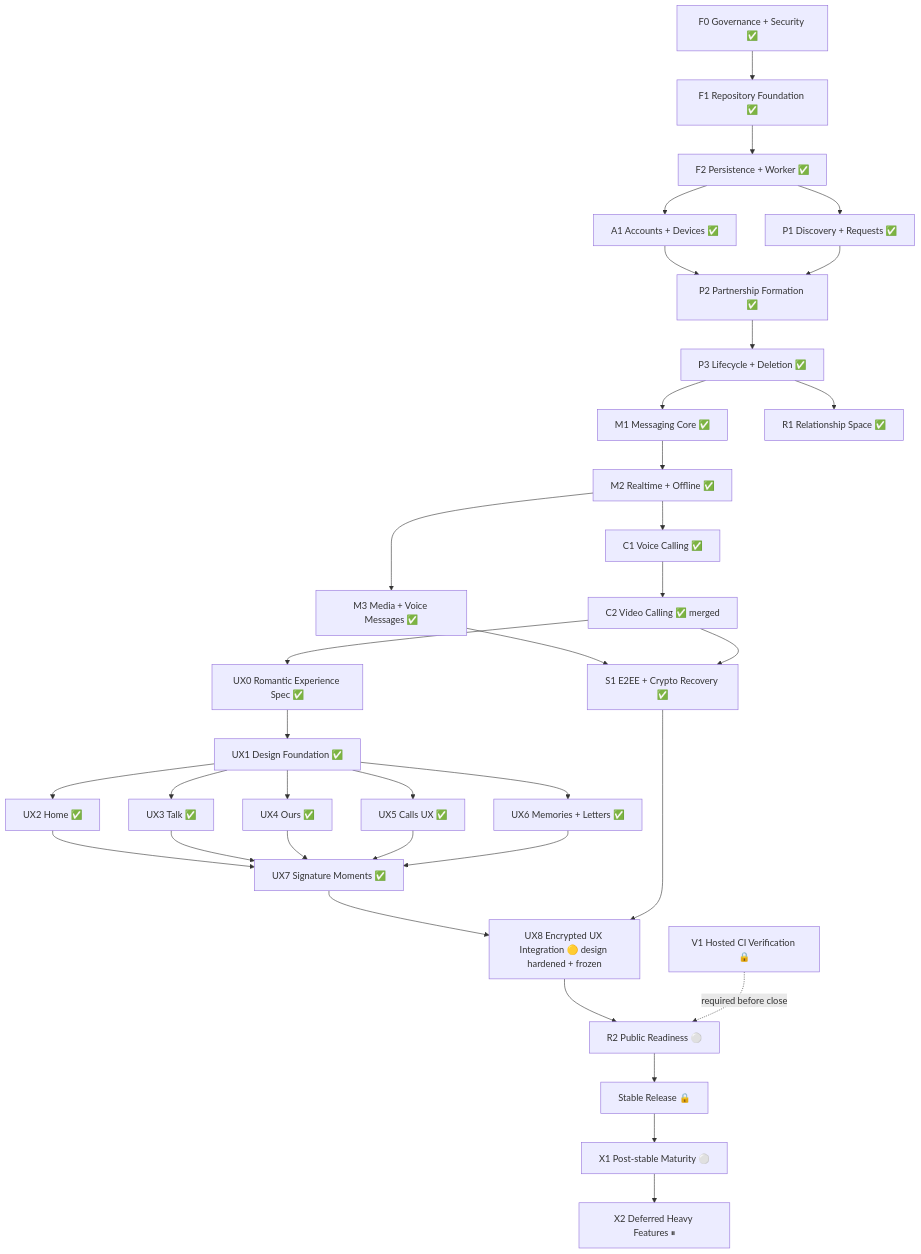
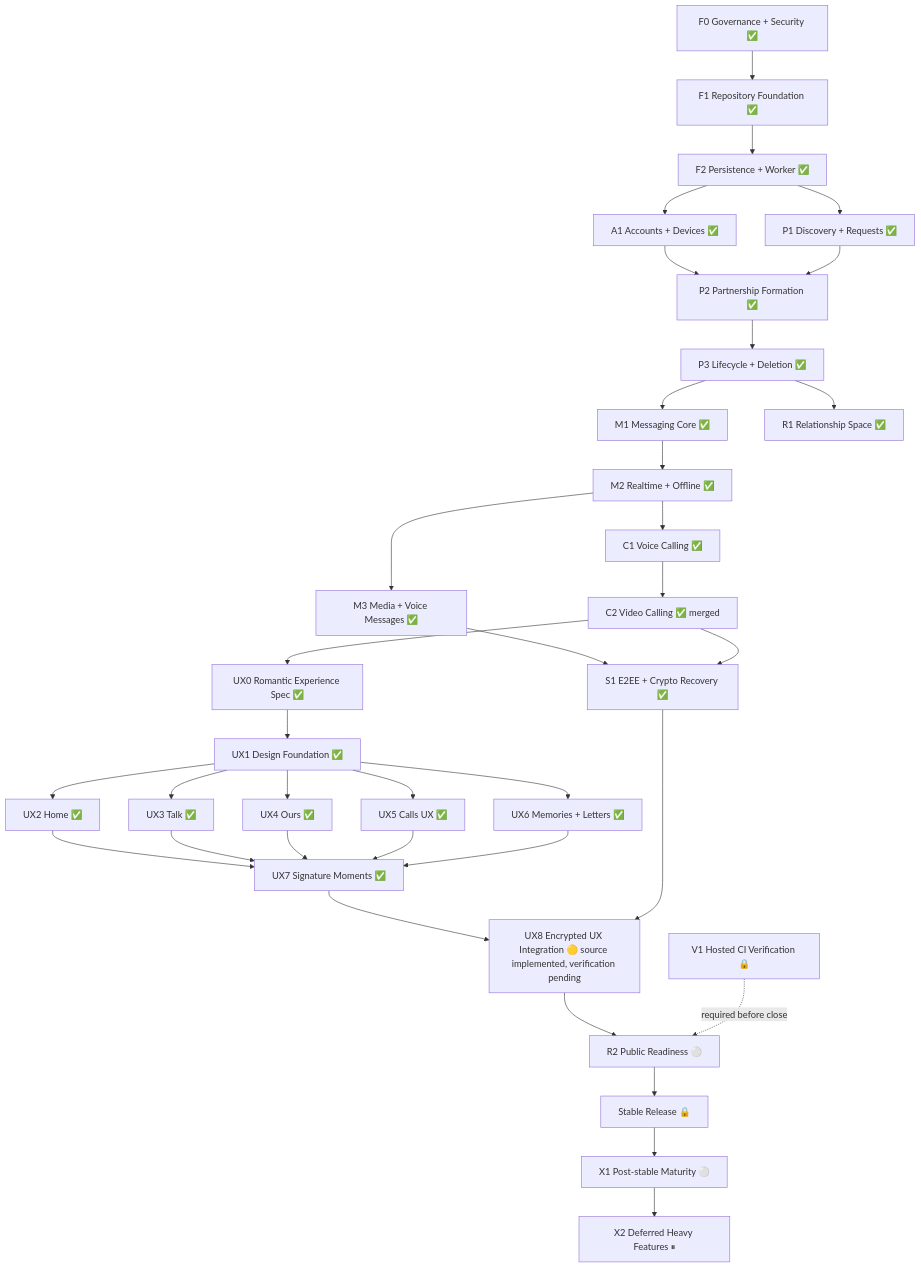
One commit to ekamal22/shawtie-pls-app changed the diagram in docs/EXECUTION_GRAPH.md. Above: the diagram before and after it, drawn with Mermaid. The commit also changed other lines of this file, not shown here.

Commit message:
docs: update UX8 execution graph state [skip ci]

```diff
--- a/docs/EXECUTION_GRAPH.md
+++ b/docs/EXECUTION_GRAPH.md
@@ -99,47 +99,47 @@
 ~~~mermaid
 flowchart TD
     F0["F0 Governance + Security ✅"] --> F1["F1 Repository Foundation ✅"]
     F1 --> F2["F2 Persistence + Worker ✅"]
 
     F2 --> A1["A1 Accounts + Devices ✅"]
     F2 --> P1["P1 Discovery + Requests ✅"]
 
     A1 --> P2["P2 Partnership Formation ✅"]
     P1 --> P2
 
     P2 --> P3["P3 Lifecycle + Deletion ✅"]
 
     P3 --> M1["M1 Messaging Core ✅"]
     P3 --> R1["R1 Relationship Space ✅"]
 
     M1 --> M2["M2 Realtime + Offline ✅"]
 
     M2 --> M3["M3 Media + Voice Messages ✅"]
     M2 --> C1["C1 Voice Calling ✅"]
     C1 --> C2["C2 Video Calling ✅ merged"]
 
     C2 --> UX0["UX0 Romantic Experience Spec ✅"]
     UX0 --> UX1["UX1 Design Foundation ✅"]
     UX1 --> UX2["UX2 Home ✅"]
     UX1 --> UX3["UX3 Talk ✅"]
     UX1 --> UX4["UX4 Ours ✅"]
     UX1 --> UX5["UX5 Calls UX ✅"]
     UX1 --> UX6["UX6 Memories + Letters ✅"]
     UX2 --> UX7["UX7 Signature Moments ✅"]
     UX3 --> UX7
     UX4 --> UX7
     UX5 --> UX7
     UX6 --> UX7
 
     M3 --> S1["S1 E2EE + Crypto Recovery ✅"]
     C2 --> S1
-    UX7 --> UX8["UX8 Encrypted UX Integration 🟡 design hardened + frozen"]
+    UX7 --> UX8["UX8 Encrypted UX Integration 🟡 source implemented, verification pending"]
     S1 --> UX8
 
     UX8 --> R2["R2 Public Readiness ⚪"]
     V1["V1 Hosted CI Verification 🔒"] -. required before close .-> R2
 
     R2 --> RELEASE["Stable Release 🔒"]
     RELEASE --> X1["X1 Post-stable Maturity ⚪"]
     X1 --> X2["X2 Deferred Heavy Features ⏸"]
 ~~~
```
